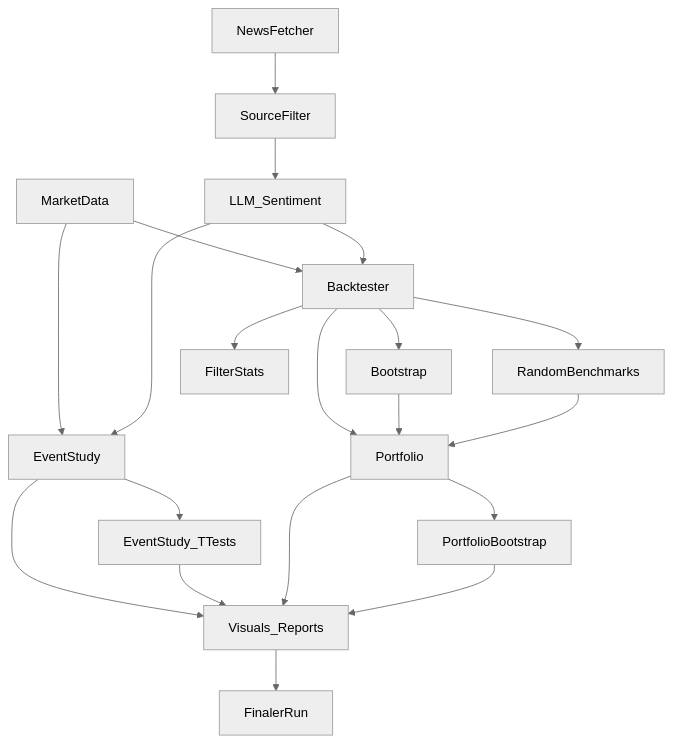
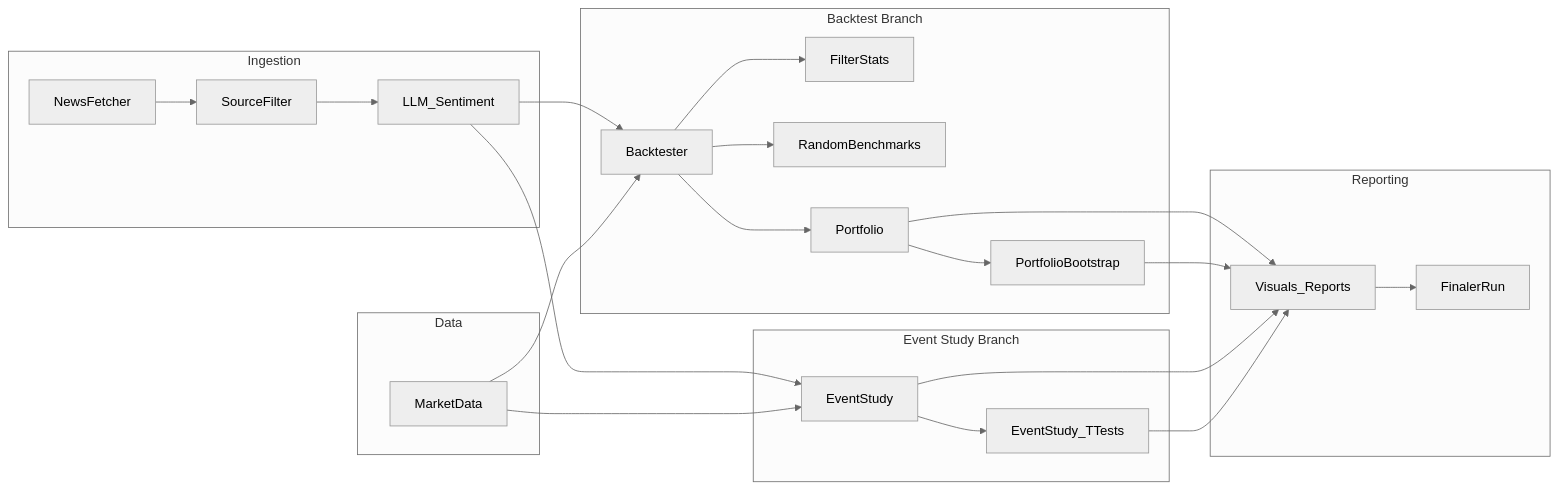
Before and after one commit to Lugier/intraday-news-sentiment-backtester: the diagram in README.md, drawn with Mermaid (neutral theme).

Commit message:
docs: Mermaid neu strukturiert mit Subgraphs (Ingestion/Data/Backtest/EventStudy/Reporting) und LR-Layout

````diff
--- a/README.md
+++ b/README.md
@@ -56,30 +56,40 @@
 ```mermaid
-graph TD
-    A[NewsFetcher] --> B[SourceFilter]
-    B --> C[LLM_Sentiment]
+flowchart LR
 
-    %% Market data used by backtest and event study
-    M[MarketData] --> D
-    M --> E
+  %% Ingestion
+  subgraph INGESTION [Ingestion]
+    NF[NewsFetcher] --> SF[SourceFilter]
+    SF --> LLM[LLM_Sentiment]
+  end
 
-    %% Independent branches from sentiment
-    C --> D[Backtester]
-    C --> E[EventStudy]
+  %% Data
+  subgraph DATA [Data]
+    MD[MarketData]
+  end
 
-    %% Backtest branch details
-    D --> F[Bootstrap]
-    D --> G[RandomBenchmarks]
-    D --> H[Portfolio]
-    D --> K[FilterStats]
-    F --> H
-    G --> H
-    H --> PB[PortfolioBootstrap]
+  %% Backtest Branch
+  subgraph BACKTEST [Backtest Branch]
+    LLM --> BT[Backtester]
+    MD --> BT
+    BT --> FS[FilterStats]
+    BT --> RB[RandomBenchmarks]
+    BT --> PF[Portfolio]
+    PF --> PB[PortfolioBootstrap]
+  end
 
-    %% Where results are rendered
-    E --> T[EventStudy_TTests]
-    E --> I[Visuals_Reports]
-    T --> I
-    H --> I
-    PB --> I
-    I --> J[FinalerRun]
+  %% Event Study Branch
+  subgraph EVENTSTUDY [Event Study Branch]
+    LLM --> ES[EventStudy]
+    MD --> ES
+    ES --> EST[EventStudy_TTests]
+  end
+
+  %% Reporting
+  subgraph REPORTING [Reporting]
+    PF --> VR[Visuals_Reports]
+    PB --> VR
+    ES --> VR
+    EST --> VR
+    VR --> OUT[FinalerRun]
+  end
 ```
````
